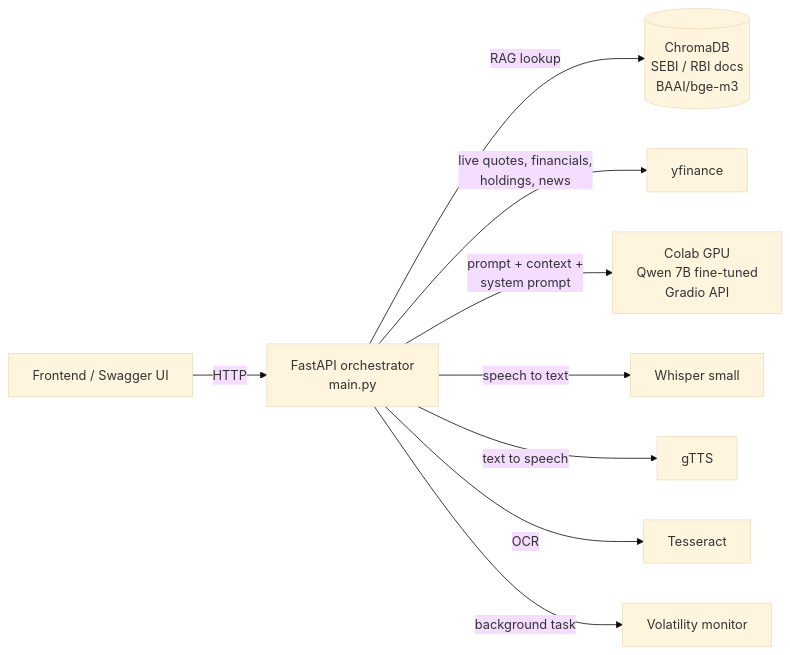
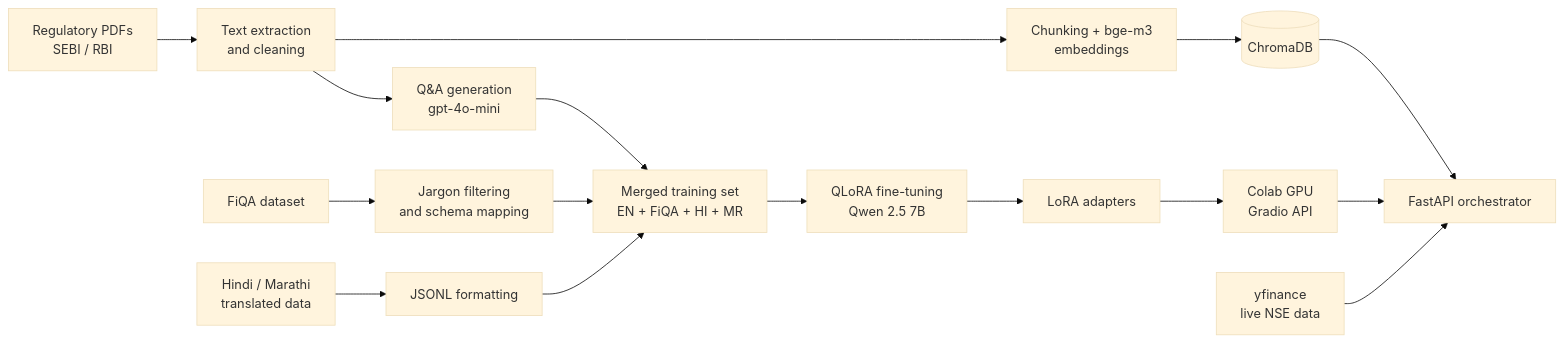
The diagram in README.md (VishwaRK-ai/RELIC-Backend), drawn with Mermaid (base theme) before and after one commit. The commit also changed other lines of this file, not shown here.

````diff
--- a/README.md
+++ b/README.md
@@ -45,11 +47,18 @@
 ```mermaid
 flowchart LR
-    U[Frontend / Swagger UI] -->|HTTP| API[FastAPI orchestrator<br/>main.py]
-    API -->|RAG lookup| DB[(ChromaDB<br/>SEBI / RBI docs<br/>BAAI/bge-m3)]
-    API -->|live quotes, financials,<br/>holdings, news| YF[yfinance]
-    API -->|prompt + context +<br/>system prompt| COLAB[Colab GPU<br/>Qwen 7B fine-tuned<br/>Gradio API]
-    API -->|speech to text| ASR[Whisper small]
-    API -->|text to speech| TTS[gTTS]
-    API -->|OCR| OCR[Tesseract]
-    API -->|background task| VOL[Volatility monitor]
+    A[Regulatory PDFs<br/>SEBI / RBI] --> B[Text extraction<br/>and cleaning]
+    B --> C[Q&A generation<br/>gpt-4o-mini]
+    D[FiQA dataset] --> E[Jargon filtering<br/>and schema mapping]
+    F[Hindi / Marathi<br/>translated data] --> G[JSONL formatting]
+    C --> H[Merged training set<br/>EN + FiQA + HI + MR]
+    E --> H
+    G --> H
+    H --> I[QLoRA fine-tuning<br/>Qwen 2.5 7B]
+    I --> J[LoRA adapters]
+    B --> K[Chunking + bge-m3<br/>embeddings]
+    K --> L[(ChromaDB)]
+    J --> M[Colab GPU<br/>Gradio API]
+    L --> N[FastAPI orchestrator]
+    M --> N
+    O[yfinance<br/>live NSE data] --> N
 ```
````
